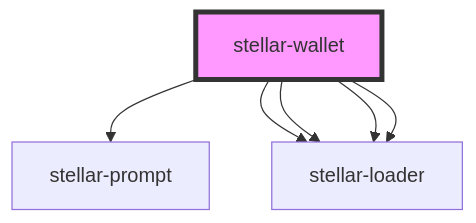
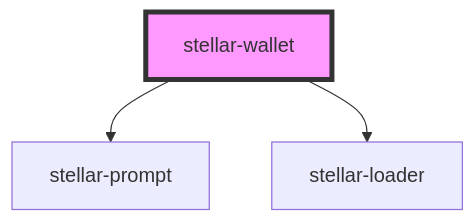
One commit to stellar/stellar-demo-wallet changed the diagram in src/components/wallet/readme.md. Above: the diagram before and after it, drawn with Mermaid. The commit also changed other lines of this file and 4 other files, not shown here.

````diff
--- a/src/components/wallet/readme.md
+++ b/src/components/wallet/readme.md
@@ -28,9 +22,6 @@
 ```mermaid
 graph TD;
   stellar-wallet --> stellar-prompt
   stellar-wallet --> stellar-loader
-  stellar-wallet --> stellar-loader
-  stellar-wallet --> stellar-loader
-  stellar-wallet --> stellar-loader
   style stellar-wallet fill:#f9f,stroke:#333,stroke-width:4px
 ```
````
